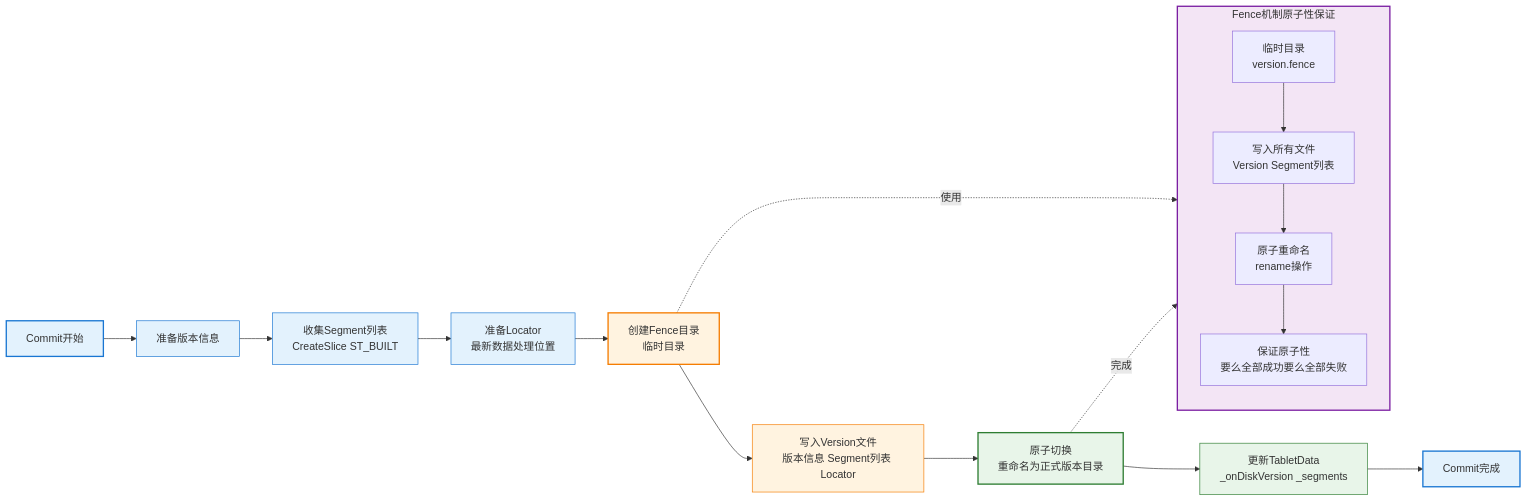
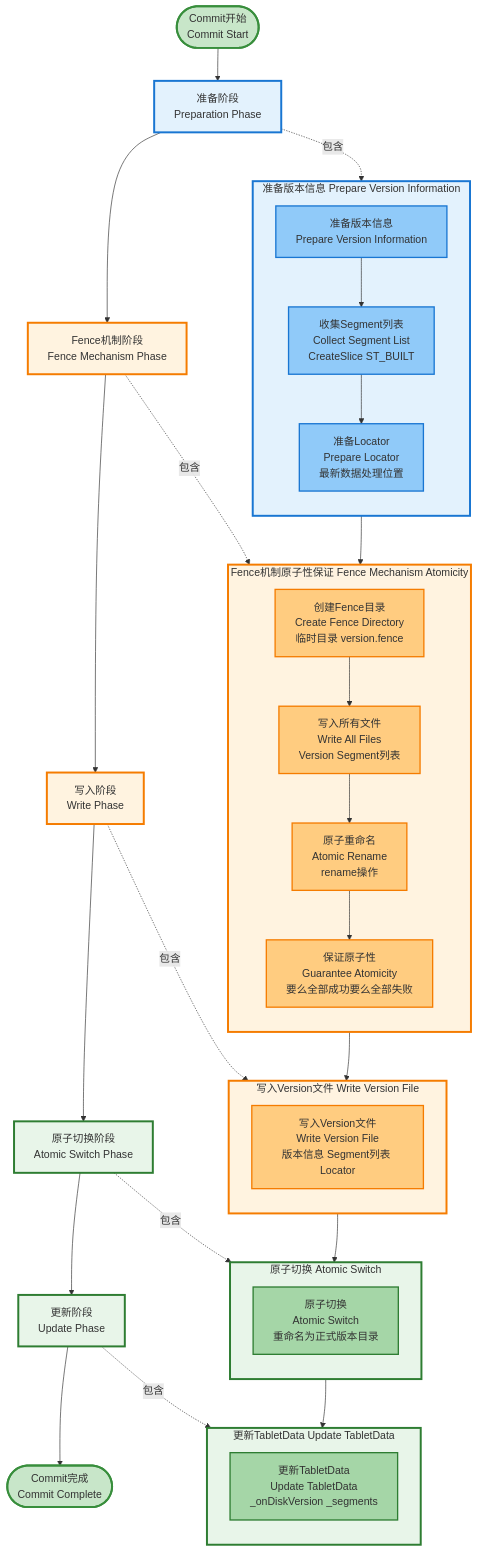
One commit to zhouzhilong-commits/zhouzhilong-commits.github.io changed diagram 19 of 27 in _posts/2025-06-03-indexlib-3-build-flow.md. Above: the diagram before and after it, drawn with Mermaid. The commit also changed other lines of this file and 19 other files, not shown here.

````diff
--- a/_posts/2025-06-03-indexlib-3-build-flow.md
+++ b/_posts/2025-06-03-indexlib-3-build-flow.md
@@ -1605,40 +1690,83 @@
 ```mermaid
-flowchart LR
-    Start[Commit开始] --> Prepare[准备版本信息]
+flowchart TB
+    Start([Commit开始<br/>Commit Start]) --> PrepareLayer[准备阶段<br/>Preparation Phase]
     
-    Prepare --> Collect[收集Segment列表<br/>CreateSlice ST_BUILT]
-    Collect --> Locator[准备Locator<br/>最新数据处理位置]
-    Locator --> FenceCreate[创建Fence目录<br/>临时目录]
+    subgraph PrepareGroup["准备版本信息 Prepare Version Information"]
+        direction TB
+        P1[准备版本信息<br/>Prepare Version Information]
+        P2[收集Segment列表<br/>Collect Segment List<br/>CreateSlice ST_BUILT]
+        P3[准备Locator<br/>Prepare Locator<br/>最新数据处理位置]
+        P1 --> P2
+        P2 --> P3
+    end
     
-    FenceCreate --> Write[写入Version文件<br/>版本信息 Segment列表 Locator]
-    Write --> Atomic[原子切换<br/>重命名为正式版本目录]
+    PrepareLayer --> FenceLayer[Fence机制阶段<br/>Fence Mechanism Phase]
     
-    Atomic --> Update[更新TabletData<br/>_onDiskVersion _segments]
-    Update --> End[Commit完成]
-    
-    subgraph Fence["Fence机制原子性保证"]
+    subgraph FenceGroup["Fence机制原子性保证 Fence Mechanism Atomicity"]
         direction TB
-        F1[临时目录<br/>version.fence]
-        F2[写入所有文件<br/>Version Segment列表]
-        F3[原子重命名<br/>rename操作]
-        F4[保证原子性<br/>要么全部成功要么全部失败]
-        
+        F1[创建Fence目录<br/>Create Fence Directory<br/>临时目录 version.fence]
+        F2[写入所有文件<br/>Write All Files<br/>Version Segment列表]
+        F3[原子重命名<br/>Atomic Rename<br/>rename操作]
+        F4[保证原子性<br/>Guarantee Atomicity<br/>要么全部成功要么全部失败]
         F1 --> F2
         F2 --> F3
         F3 --> F4
     end
     
-    FenceCreate -.->|使用| Fence
-    Atomic -.->|完成| Fence
+    FenceLayer --> WriteLayer[写入阶段<br/>Write Phase]
     
-    style Start fill:#e3f2fd,stroke:#1976d2,stroke-width:2px
-    style Prepare fill:#e3f2fd,stroke:#1976d2,stroke-width:1px
-    style Collect fill:#e3f2fd,stroke:#1976d2,stroke-width:1px
-    style Locator fill:#e3f2fd,stroke:#1976d2,stroke-width:1px
-    style FenceCreate fill:#fff3e0,stroke:#f57c00,stroke-width:2px
-    style Write fill:#fff3e0,stroke:#f57c00,stroke-width:1px
-    style Atomic fill:#e8f5e9,stroke:#2e7d32,stroke-width:2px
-    style Update fill:#e8f5e9,stroke:#2e7d32,stroke-width:1px
-    style End fill:#e3f2fd,stroke:#1976d2,stroke-width:2px
-    style Fence fill:#f3e5f5,stroke:#7b1fa2,stroke-width:2px
+    subgraph WriteGroup["写入Version文件 Write Version File"]
+        direction TB
+        W1[写入Version文件<br/>Write Version File<br/>版本信息 Segment列表 Locator]
+    end
+    
+    WriteLayer --> AtomicLayer[原子切换阶段<br/>Atomic Switch Phase]
+    
+    subgraph AtomicGroup["原子切换 Atomic Switch"]
+        direction TB
+        A1[原子切换<br/>Atomic Switch<br/>重命名为正式版本目录]
+    end
+    
+    AtomicLayer --> UpdateLayer[更新阶段<br/>Update Phase]
+    
+    subgraph UpdateGroup["更新TabletData Update TabletData"]
+        direction TB
+        U1[更新TabletData<br/>Update TabletData<br/>_onDiskVersion _segments]
+    end
+    
+    UpdateLayer --> End([Commit完成<br/>Commit Complete])
+    
+    PrepareLayer -.->|包含| PrepareGroup
+    FenceLayer -.->|包含| FenceGroup
+    WriteLayer -.->|包含| WriteGroup
+    AtomicLayer -.->|包含| AtomicGroup
+    UpdateLayer -.->|包含| UpdateGroup
+    
+    P3 --> F1
+    F4 --> W1
+    W1 --> A1
+    A1 --> U1
+    
+    style Start fill:#c8e6c9,stroke:#388e3c,stroke-width:3px
+    style End fill:#c8e6c9,stroke:#388e3c,stroke-width:3px
+    style PrepareLayer fill:#e3f2fd,stroke:#1976d2,stroke-width:3px
+    style FenceLayer fill:#fff3e0,stroke:#f57c00,stroke-width:3px
+    style WriteLayer fill:#fff3e0,stroke:#f57c00,stroke-width:3px
+    style AtomicLayer fill:#e8f5e9,stroke:#2e7d32,stroke-width:3px
+    style UpdateLayer fill:#e8f5e9,stroke:#2e7d32,stroke-width:3px
+    style PrepareGroup fill:#e3f2fd,stroke:#1976d2,stroke-width:3px
+    style P1 fill:#90caf9,stroke:#1976d2,stroke-width:2px
+    style P2 fill:#90caf9,stroke:#1976d2,stroke-width:2px
+    style P3 fill:#90caf9,stroke:#1976d2,stroke-width:2px
+    style FenceGroup fill:#fff3e0,stroke:#f57c00,stroke-width:3px
+    style F1 fill:#ffcc80,stroke:#f57c00,stroke-width:2px
+    style F2 fill:#ffcc80,stroke:#f57c00,stroke-width:2px
+    style F3 fill:#ffcc80,stroke:#f57c00,stroke-width:2px
+    style F4 fill:#ffcc80,stroke:#f57c00,stroke-width:2px
+    style WriteGroup fill:#fff3e0,stroke:#f57c00,stroke-width:3px
+    style W1 fill:#ffcc80,stroke:#f57c00,stroke-width:2px
+    style AtomicGroup fill:#e8f5e9,stroke:#2e7d32,stroke-width:3px
+    style A1 fill:#a5d6a7,stroke:#2e7d32,stroke-width:2px
+    style UpdateGroup fill:#e8f5e9,stroke:#2e7d32,stroke-width:3px
+    style U1 fill:#a5d6a7,stroke:#2e7d32,stroke-width:2px
 ```
````
